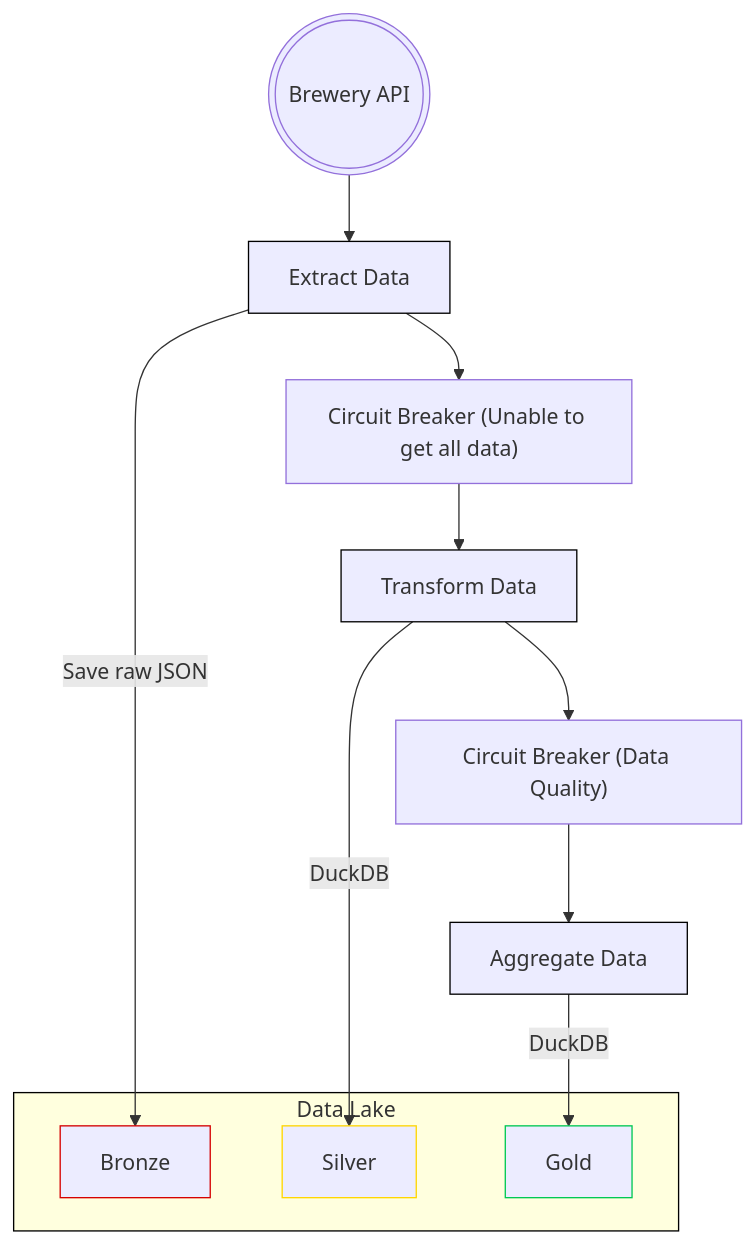
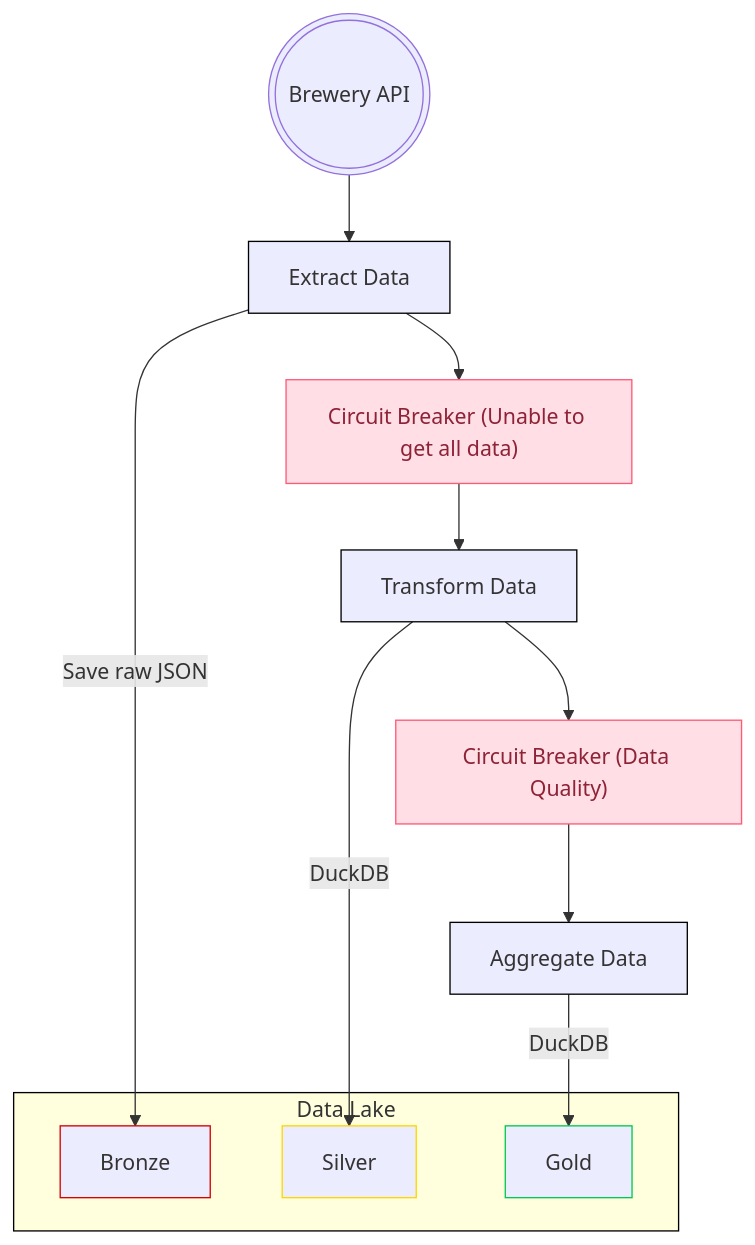
One commit to nahumsa/brewery-data-lake changed the diagram in README.md. Above: the diagram before and after it, drawn with Mermaid.

Commit message:
docs: change color of circuit breakers

````diff
--- a/README.md
+++ b/README.md
@@ -57,25 +57,28 @@
 ```mermaid
 flowchart TD
  subgraph s1["Data Lake"]
         n3["Bronze"]
         n4["Silver"]
         n5["Gold"]
   end
     n1["Brewery API"] --> n2["Extract Data"]
     n2 -- Save raw JSON --> n3
     n2 --> n8["Circuit Breaker (Unable to get all data)"]
     n6["Transform Data"] --> n9["Circuit Breaker (Data Quality)"]
     n6 -- DuckDB --> n4
     n7["Aggregate Data"] -- DuckDB --> n5
     n8 --> n6
     n9 --> n7
 
     n1@{ shape: dbl-circ}
+     n8:::Rose
+     n9:::Rose
+    classDef Rose stroke-width:1px, stroke-dasharray:none, stroke:#FF5978, fill:#FFDFE5, color:#8E2236
     style n3 stroke:#D50000
     style n4 stroke:#FFD600
     style n5 stroke:#00C853
     style n2 stroke:#000000
     style n6 stroke:#000000
     style n7 stroke:#000000
     style s1 stroke:#000000
 ```
````
